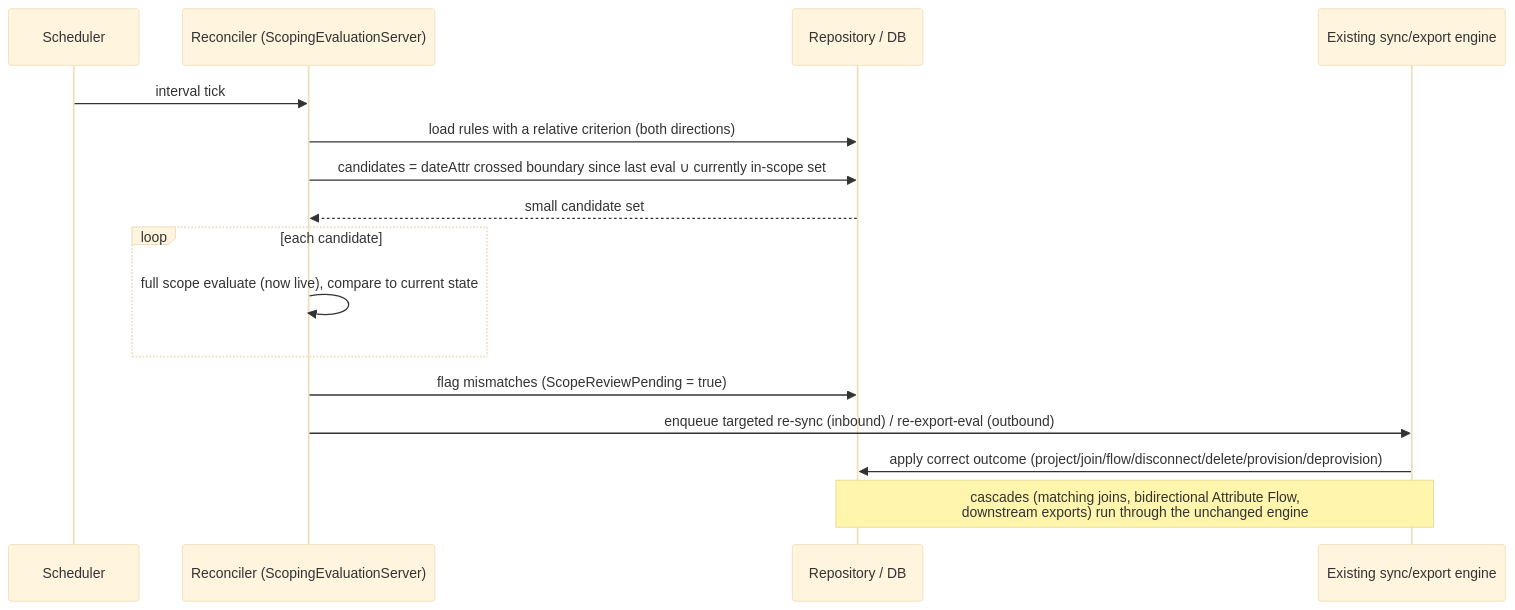
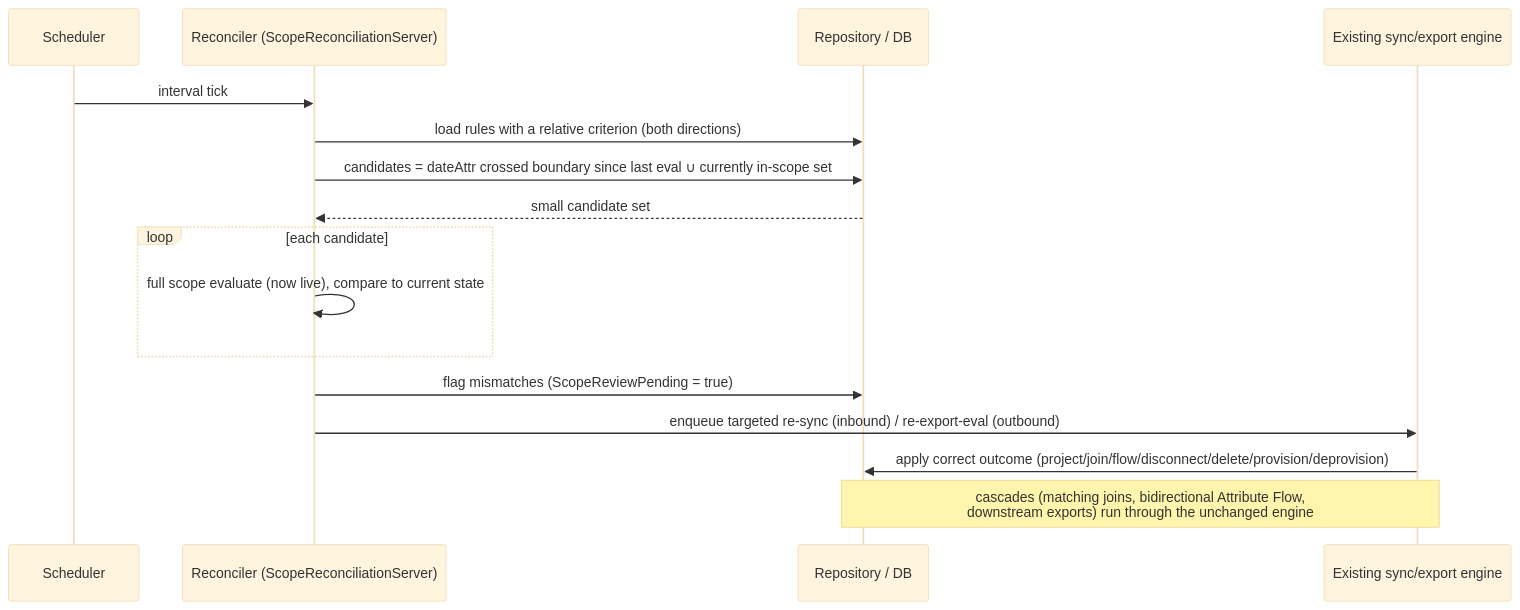
One commit to TetronIO/JIM changed the second of 2 diagrams in engineering/plans/doing/TEMPORAL_SCOPE_REEVALUATION.md. Above: the diagram before and after it, drawn with Mermaid (base theme). The commit also changed other lines of this file, not shown here.

First line of the commit message:
docs(engineering): revise #892 reconciler home to a new server

````diff
--- a/engineering/plans/doing/TEMPORAL_SCOPE_REEVALUATION.md
+++ b/engineering/plans/doing/TEMPORAL_SCOPE_REEVALUATION.md
@@ -73,19 +73,19 @@
 ```mermaid
 sequenceDiagram
     participant S as Scheduler
-    participant R as Reconciler (ScopingEvaluationServer)
+    participant R as Reconciler (ScopeReconciliationServer)
     participant DB as Repository / DB
     participant E as Existing sync/export engine
 
     S->>R: interval tick
     R->>DB: load rules with a relative criterion (both directions)
     R->>DB: candidates = dateAttr crossed boundary since last eval ∪ currently in-scope set
     DB-->>R: small candidate set
     loop each candidate
         R->>R: full scope evaluate (now live), compare to current state
     end
     R->>DB: flag mismatches (ScopeReviewPending = true)
     R->>E: enqueue targeted re-sync (inbound) / re-export-eval (outbound)
     E->>DB: apply correct outcome (project/join/flow/disconnect/delete/provision/deprovision)
     Note over E,DB: cascades (matching joins, bidirectional Attribute Flow,<br/>downstream exports) run through the unchanged engine
 ```
````
